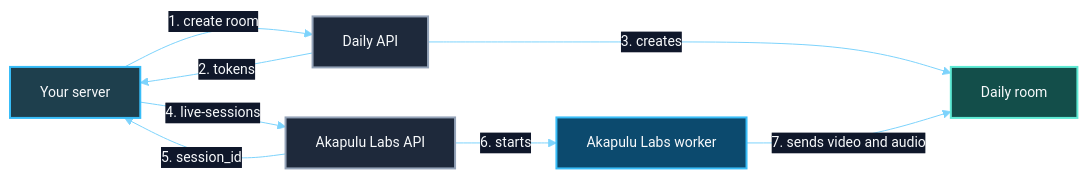
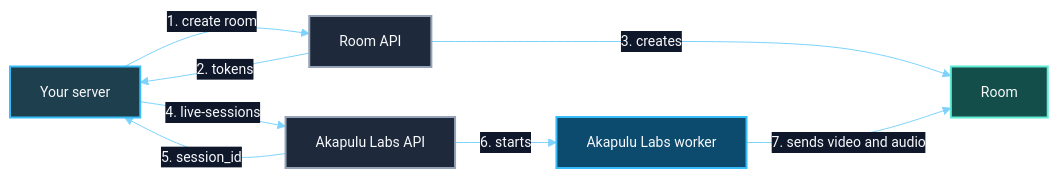
Before and after one commit to william-akapulu/docs: the first of 5 diagrams in guides/getting-started/how-akapulu-works.mdx, drawn with Mermaid. The commit also changed other lines of this file and 10 other files, not shown here.

````diff
--- a/guides/getting-started/how-akapulu-works.mdx
+++ b/guides/getting-started/how-akapulu-works.mdx
@@ -18,22 +18,22 @@
 ```mermaid
 %%{init: {"theme":"base","themeVariables":{"darkMode":true,"background":"transparent","fontFamily":"ui-sans-serif, system-ui, sans-serif","fontSize":"14px","textColor":"#F8FAFC","primaryTextColor":"#F8FAFC","lineColor":"#7DD3FC","arrowheadColor":"#7DD3FC","edgeLabelBackground":"#0F172A"},"themeCSS":".edgeLabel, .edgeLabel p, .edgeLabel span, .labelBkg { background: #0F172A !important; color: #F8FAFC !important; } .edgePath .path, .flowchart-link { stroke: #7DD3FC !important; stroke-width: 2.5px !important; } .arrowheadPath, .marker { fill: #7DD3FC !important; stroke: #7DD3FC !important; }"}}%%
 flowchart LR
   S[Your server]:::server
-  D[Daily API]:::api
+  D[Room API]:::api
   A[Akapulu Labs API]:::api
   W[Akapulu Labs worker]:::avatar
-  R[Daily room]:::room
+  R[Room]:::room
 
   S -->|"1. create room"| D
   D -->|"2. tokens"| S
   D -->|"3. creates"| R
   S -->|"4. live-sessions"| A
   A -->|"5. session_id"| S
   A -->|"6. starts"| W
   W -->|"7. sends video and audio"| R
 
   classDef server fill:#1E3F4D,stroke:#38BDF8,color:#F8FAFC,stroke-width:2px
   classDef api fill:#1E293B,stroke:#94A3B8,color:#F8FAFC,stroke-width:2px
   classDef room fill:#134E4A,stroke:#5EEAD4,color:#F8FAFC,stroke-width:2px
   classDef avatar fill:#0C4A6E,stroke:#38BDF8,color:#F8FAFC,stroke-width:2px
 ```
````
